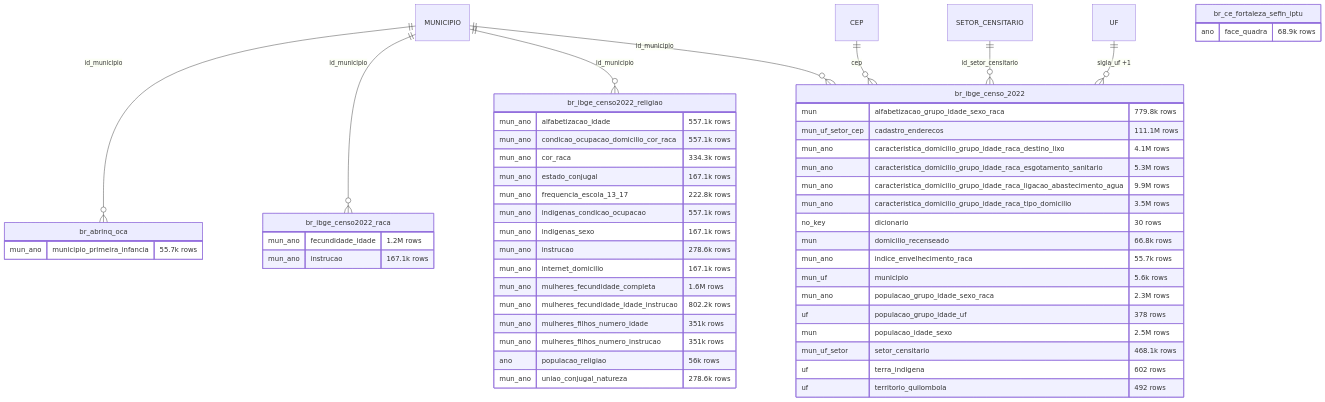
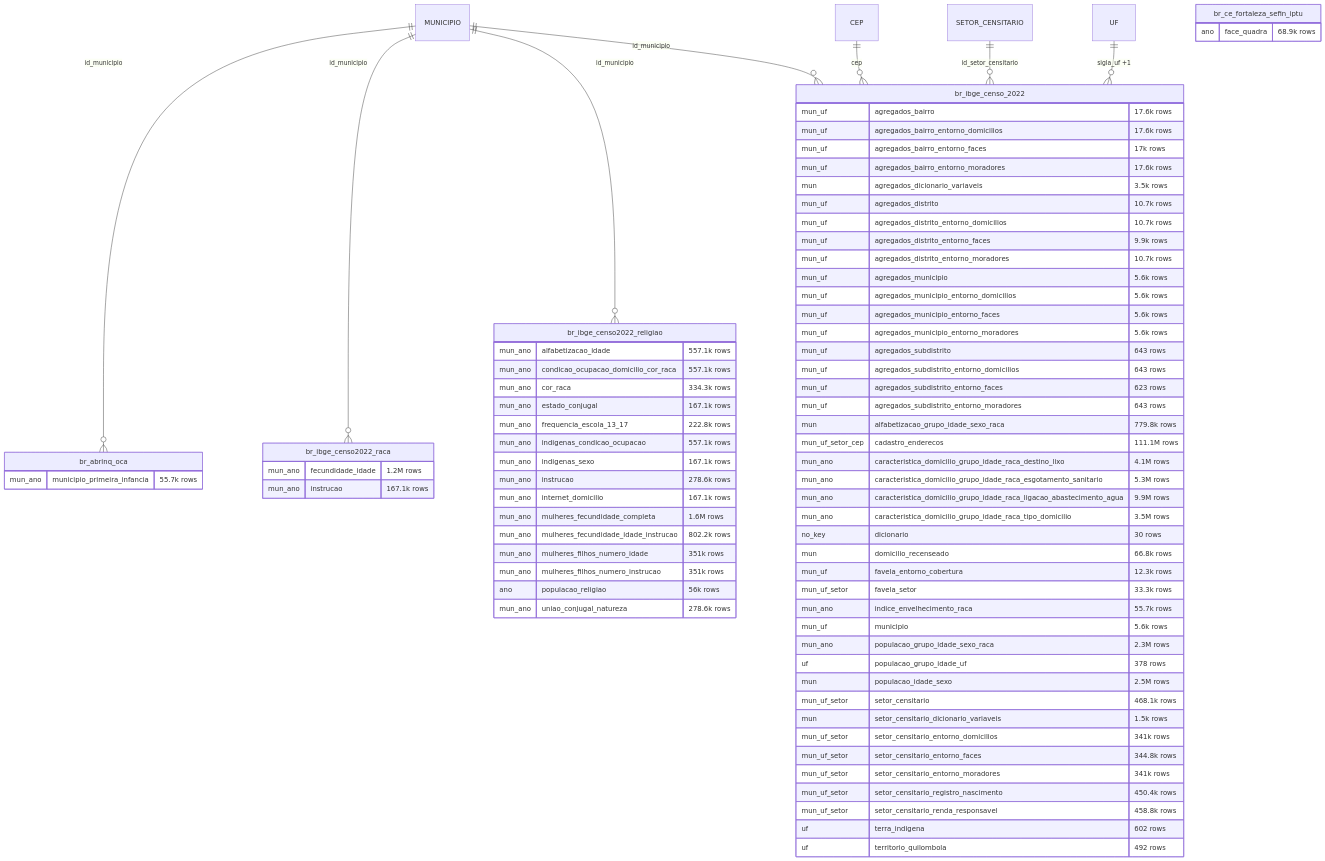
One commit to rafapolo/rodado changed diagram 24 of 30 in docs/mapa/ERD_EN.md. Above: the diagram before and after it, drawn with Mermaid. The commit also changed other lines of this file and 7 other files, not shown here.

````diff
--- a/docs/mapa/ERD_EN.md
+++ b/docs/mapa/ERD_EN.md
@@ -2043,55 +2188,80 @@
 ```mermaid
 erDiagram
     MUNICIPIO ||--o{ br_abrinq_oca : "id_municipio"
     MUNICIPIO ||--o{ br_ibge_censo2022_raca : "id_municipio"
     MUNICIPIO ||--o{ br_ibge_censo2022_religiao : "id_municipio"
     CEP ||--o{ br_ibge_censo_2022 : "cep"
     MUNICIPIO ||--o{ br_ibge_censo_2022 : "id_municipio"
     SETOR_CENSITARIO ||--o{ br_ibge_censo_2022 : "id_setor_censitario"
     UF ||--o{ br_ibge_censo_2022 : "sigla_uf +1"
     br_abrinq_oca {
         mun_ano municipio_primeira_infancia "55.7k rows"
     }
     br_ce_fortaleza_sefin_iptu {
         ano face_quadra "68.9k rows"
     }
     br_ibge_censo2022_raca {
         mun_ano fecundidade_idade "1.2M rows"
         mun_ano instrucao "167.1k rows"
     }
     br_ibge_censo2022_religiao {
         mun_ano alfabetizacao_idade "557.1k rows"
         mun_ano condicao_ocupacao_domicilio_cor_raca "557.1k rows"
         mun_ano cor_raca "334.3k rows"
         mun_ano estado_conjugal "167.1k rows"
         mun_ano frequencia_escola_13_17 "222.8k rows"
         mun_ano indigenas_condicao_ocupacao "557.1k rows"
         mun_ano indigenas_sexo "167.1k rows"
         mun_ano instrucao "278.6k rows"
         mun_ano internet_domicilio "167.1k rows"
         mun_ano mulheres_fecundidade_completa "1.6M rows"
         mun_ano mulheres_fecundidade_idade_instrucao "802.2k rows"
         mun_ano mulheres_filhos_numero_idade "351k rows"
         mun_ano mulheres_filhos_numero_instrucao "351k rows"
         ano populacao_religiao "56k rows"
         mun_ano uniao_conjugal_natureza "278.6k rows"
     }
     br_ibge_censo_2022 {
+        mun_uf agregados_bairro "17.6k rows"
+        mun_uf agregados_bairro_entorno_domicilios "17.6k rows"
+        mun_uf agregados_bairro_entorno_faces "17k rows"
+        mun_uf agregados_bairro_entorno_moradores "17.6k rows"
+        mun agregados_dicionario_variaveis "3.5k rows"
+        mun_uf agregados_distrito "10.7k rows"
+        mun_uf agregados_distrito_entorno_domicilios "10.7k rows"
+        mun_uf agregados_distrito_entorno_faces "9.9k rows"
+        mun_uf agregados_distrito_entorno_moradores "10.7k rows"
+        mun_uf agregados_municipio "5.6k rows"
+        mun_uf agregados_municipio_entorno_domicilios "5.6k rows"
+        mun_uf agregados_municipio_entorno_faces "5.6k rows"
+        mun_uf agregados_municipio_entorno_moradores "5.6k rows"
+        mun_uf agregados_subdistrito "643 rows"
+        mun_uf agregados_subdistrito_entorno_domicilios "643 rows"
+        mun_uf agregados_subdistrito_entorno_faces "623 rows"
+        mun_uf agregados_subdistrito_entorno_moradores "643 rows"
         mun alfabetizacao_grupo_idade_sexo_raca "779.8k rows"
         mun_uf_setor_cep cadastro_enderecos "111.1M rows"
         mun_ano caracteristica_domicilio_grupo_idade_raca_destino_lixo "4.1M rows"
         mun_ano caracteristica_domicilio_grupo_idade_raca_esgotamento_sanitario "5.3M rows"
         mun_ano caracteristica_domicilio_grupo_idade_raca_ligacao_abastecimento_agua "9.9M rows"
         mun_ano caracteristica_domicilio_grupo_idade_raca_tipo_domicilio "3.5M rows"
         no_key dicionario "30 rows"
         mun domicilio_recenseado "66.8k rows"
+        mun_uf favela_entorno_cobertura "12.3k rows"
+        mun_uf_setor favela_setor "33.3k rows"
         mun_ano indice_envelhecimento_raca "55.7k rows"
         mun_uf municipio "5.6k rows"
         mun_ano populacao_grupo_idade_sexo_raca "2.3M rows"
         uf populacao_grupo_idade_uf "378 rows"
         mun populacao_idade_sexo "2.5M rows"
         mun_uf_setor setor_censitario "468.1k rows"
+        mun setor_censitario_dicionario_variaveis "1.5k rows"
+        mun_uf_setor setor_censitario_entorno_domicilios "341k rows"
+        mun_uf_setor setor_censitario_entorno_faces "344.8k rows"
+        mun_uf_setor setor_censitario_entorno_moradores "341k rows"
+        mun_uf_setor setor_censitario_registro_nascimento "450.4k rows"
+        mun_uf_setor setor_censitario_renda_responsavel "458.8k rows"
         uf terra_indigena "602 rows"
         uf territorio_quilombola "492 rows"
     }
 ```
````
